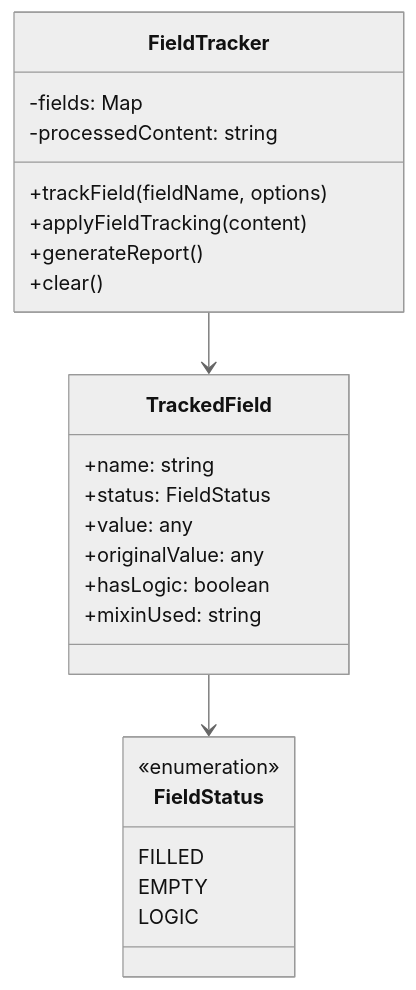
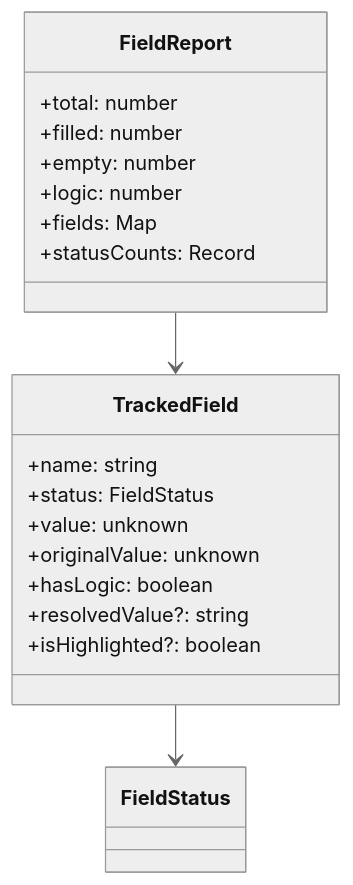
One commit to petalo/legal-markdown-js changed the first of 2 diagrams in docs/architecture/05_field_tracking.md. Above: the diagram before and after it, drawn with Mermaid (neutral theme). The commit also changed other lines of this file and 56 other files, not shown here.

````diff
--- a/docs/architecture/05_field_tracking.md
+++ b/docs/architecture/05_field_tracking.md
@@ -20,30 +24,24 @@
 ```mermaid
 classDiagram
-    class FieldTracker {
-        -fields: Map<string, TrackedField>
-        -processedContent: string
-        +trackField(fieldName, options)
-        +applyFieldTracking(content)
-        +generateReport()
-        +clear()
-    }
-
     class TrackedField {
         +name: string
         +status: FieldStatus
-        +value: any
-        +originalValue: any
+        +value: unknown
+        +originalValue: unknown
         +hasLogic: boolean
-        +mixinUsed: string
+        +resolvedValue?: string
+        +isHighlighted?: boolean
     }
 
-    class FieldStatus {
-        <<enumeration>>
-        FILLED
-        EMPTY
-        LOGIC
+    class FieldReport {
+        +total: number
+        +filled: number
+        +empty: number
+        +logic: number
+        +fields: Map<string, TrackedField>
+        +statusCounts: Record<FieldStatus, number>
     }
 
-    FieldTracker --> TrackedField
     TrackedField --> FieldStatus
+    FieldReport --> TrackedField
 ```
````
